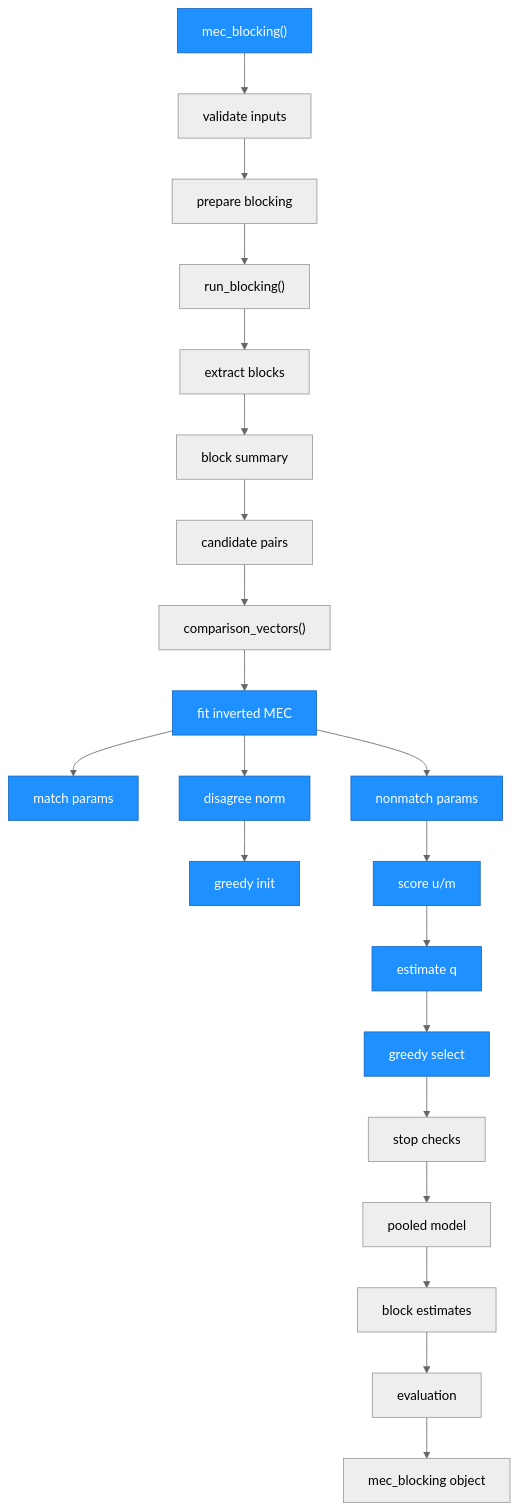
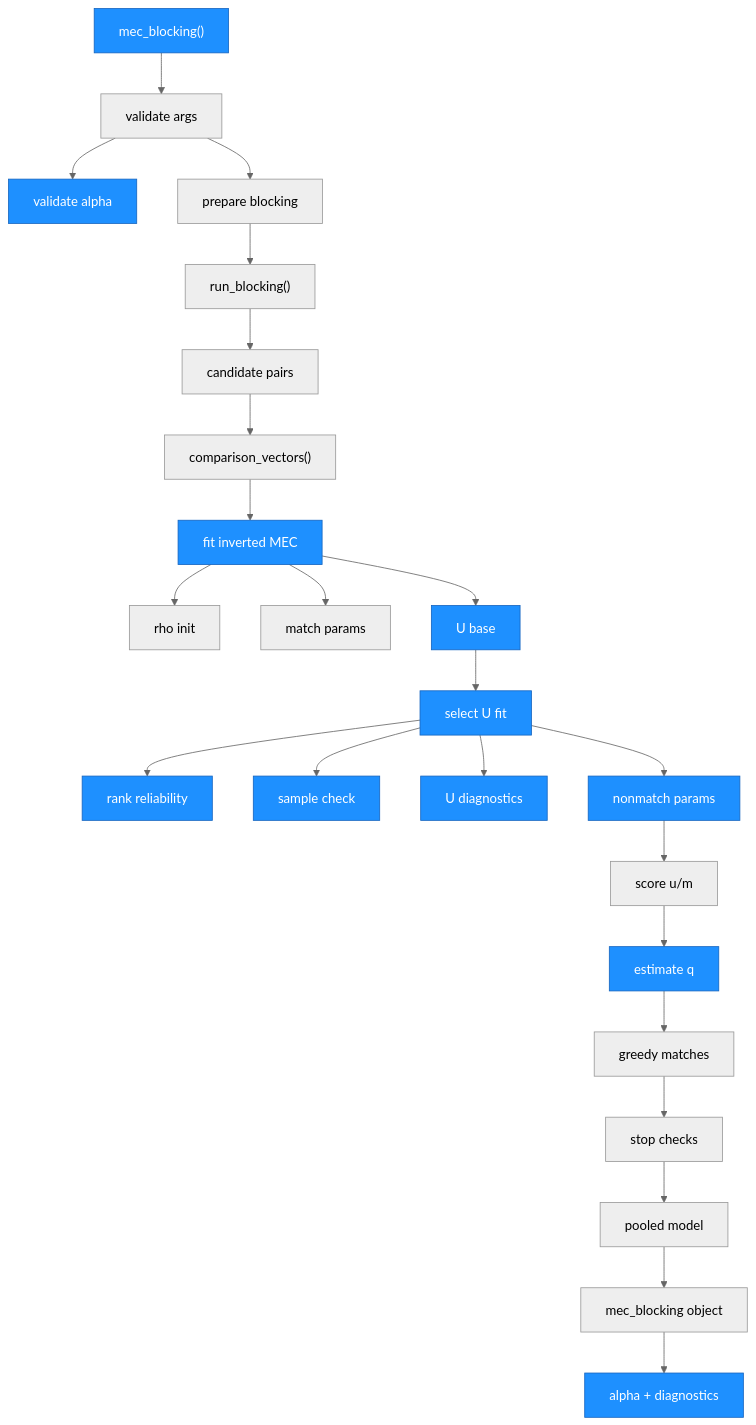
Before and after one commit to ncn-foreigners/automatedRecLin: the second of 3 diagrams in ARCHITECTURE.md, drawn with Mermaid. The commit also changed other lines of this file and 7 other files, not shown here.

````diff
--- a/ARCHITECTURE.md
+++ b/ARCHITECTURE.md
@@ -110,35 +112,39 @@
 ```mermaid
 %%{init: {'theme': 'neutral'}}%%
 graph TD
     MB["mec_blocking()"]
-    MB --> VAL["validate inputs"]
-    VAL --> PIN["prepare blocking"]
-    PIN --> RB["run_blocking()"]
-    RB --> EXT["extract blocks"]
-    EXT --> SUM["block summary"]
-    SUM --> PAIR["candidate pairs"]
-    PAIR --> CVF["comparison_vectors()"]
+    MB --> VAL["validate args"]
+    VAL --> VALA["validate alpha"]
+    VAL --> BLOCKIN["prepare blocking"]
+    BLOCKIN --> RUNB["run_blocking()"]
+    RUNB --> PAIRS["candidate pairs"]
+    PAIRS --> CVF["comparison_vectors()"]
     CVF --> FITINV["fit inverted MEC"]
+    FITINV --> INIT["rho init"]
     FITINV --> MP["match params"]
-    FITINV --> DN["disagree norm"]
-    DN --> INIT["greedy init"]
-    FITINV --> NP["nonmatch params"]
-    NP --> SC["score u/m"]
+    FITINV --> BASE["U base"]
+    BASE --> USEL["select U fit"]
+    USEL --> RANK["rank reliability"]
+    USEL --> SUFF["sample check"]
+    USEL --> UDIAG["U diagnostics"]
+    USEL --> UP["nonmatch params"]
+    UP --> SC["score u/m"]
     SC --> QEST["estimate q"]
-    QEST --> GSEL["greedy select"]
-    GSEL --> STOP["stop checks"]
+    QEST --> SELM["greedy matches"]
+    SELM --> STOP["stop checks"]
     STOP --> MODEL["pooled model"]
-    MODEL --> BEST["block estimates"]
-    BEST --> EVALF["evaluation"]
-    EVALF --> RET["mec_blocking object"]
+    MODEL --> RET["mec_blocking object"]
+    RET --> DOCRET["alpha + diagnostics"]
 
     style MB fill:#1e90ff,stroke:#1565c0,color:#fff
+    style VALA fill:#1e90ff,stroke:#1565c0,color:#fff
     style FITINV fill:#1e90ff,stroke:#1565c0,color:#fff
-    style MP fill:#1e90ff,stroke:#1565c0,color:#fff
-    style DN fill:#1e90ff,stroke:#1565c0,color:#fff
-    style INIT fill:#1e90ff,stroke:#1565c0,color:#fff
-    style NP fill:#1e90ff,stroke:#1565c0,color:#fff
-    style SC fill:#1e90ff,stroke:#1565c0,color:#fff
+    style BASE fill:#1e90ff,stroke:#1565c0,color:#fff
+    style USEL fill:#1e90ff,stroke:#1565c0,color:#fff
+    style RANK fill:#1e90ff,stroke:#1565c0,color:#fff
+    style SUFF fill:#1e90ff,stroke:#1565c0,color:#fff
+    style UDIAG fill:#1e90ff,stroke:#1565c0,color:#fff
+    style UP fill:#1e90ff,stroke:#1565c0,color:#fff
     style QEST fill:#1e90ff,stroke:#1565c0,color:#fff
-    style GSEL fill:#1e90ff,stroke:#1565c0,color:#fff
+    style DOCRET fill:#1e90ff,stroke:#1565c0,color:#fff
 ```
````
